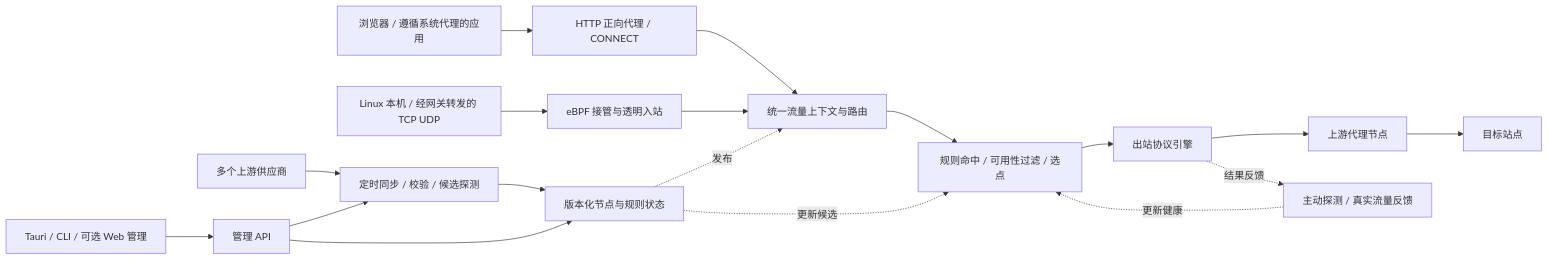
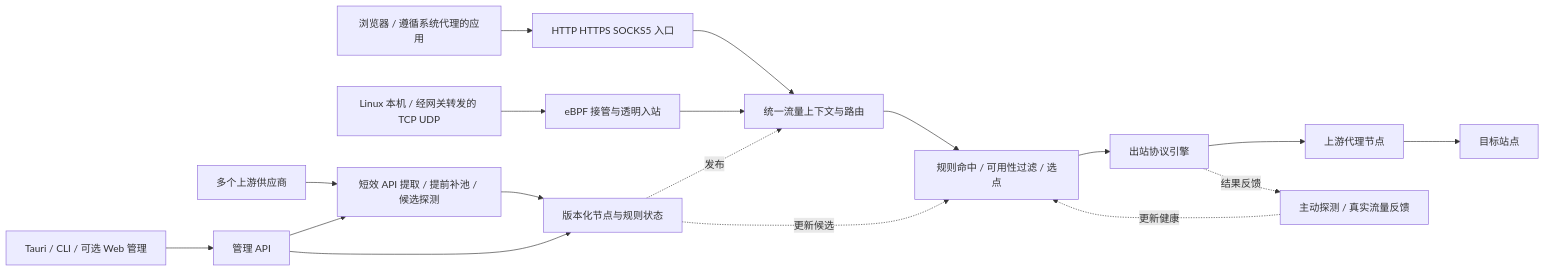
One commit to go-laoji/honk-proxy-server changed the diagram in docs/overall-plan-and-feasibility.md. Above: the diagram before and after it, drawn with Mermaid. The commit also changed other lines of this file and 2 other files, not shown here.

First line of the commit message:
docs: prioritize browser protocols and short-lived proxy APIs

````diff
--- a/docs/overall-plan-and-feasibility.md
+++ b/docs/overall-plan-and-feasibility.md
@@ -62,21 +64,21 @@
 ```mermaid
 flowchart LR
-    Browser[浏览器 / 遵循系统代理的应用] --> HTTP[HTTP 正向代理 / CONNECT]
+    Browser[浏览器 / 遵循系统代理的应用] --> HTTP[HTTP HTTPS SOCKS5 入口]
     Traffic[Linux 本机 / 经网关转发的 TCP UDP] --> BPF[eBPF 接管与透明入站]
     HTTP --> Router[统一流量上下文与路由]
     BPF --> Router
     Router --> Select[规则命中 / 可用性过滤 / 选点]
     Select --> Outbound[出站协议引擎]
     Outbound --> Nodes[上游代理节点]
     Nodes --> Target[目标站点]
 
-    Providers[多个上游供应商] --> Sync[定时同步 / 校验 / 候选探测]
+    Providers[多个上游供应商] --> Sync[短效 API 提取 / 提前补池 / 候选探测]
     Sync --> State[版本化节点与规则状态]
     State -.发布.-> Router
     State -.更新候选.-> Select
     Health[主动探测 / 真实流量反馈] -.更新健康.-> Select
     Outbound -.结果反馈.-> Health
     UI[Tauri / CLI / 可选 Web 管理] --> API[管理 API]
     API --> State
     API --> Sync
 ```
````
